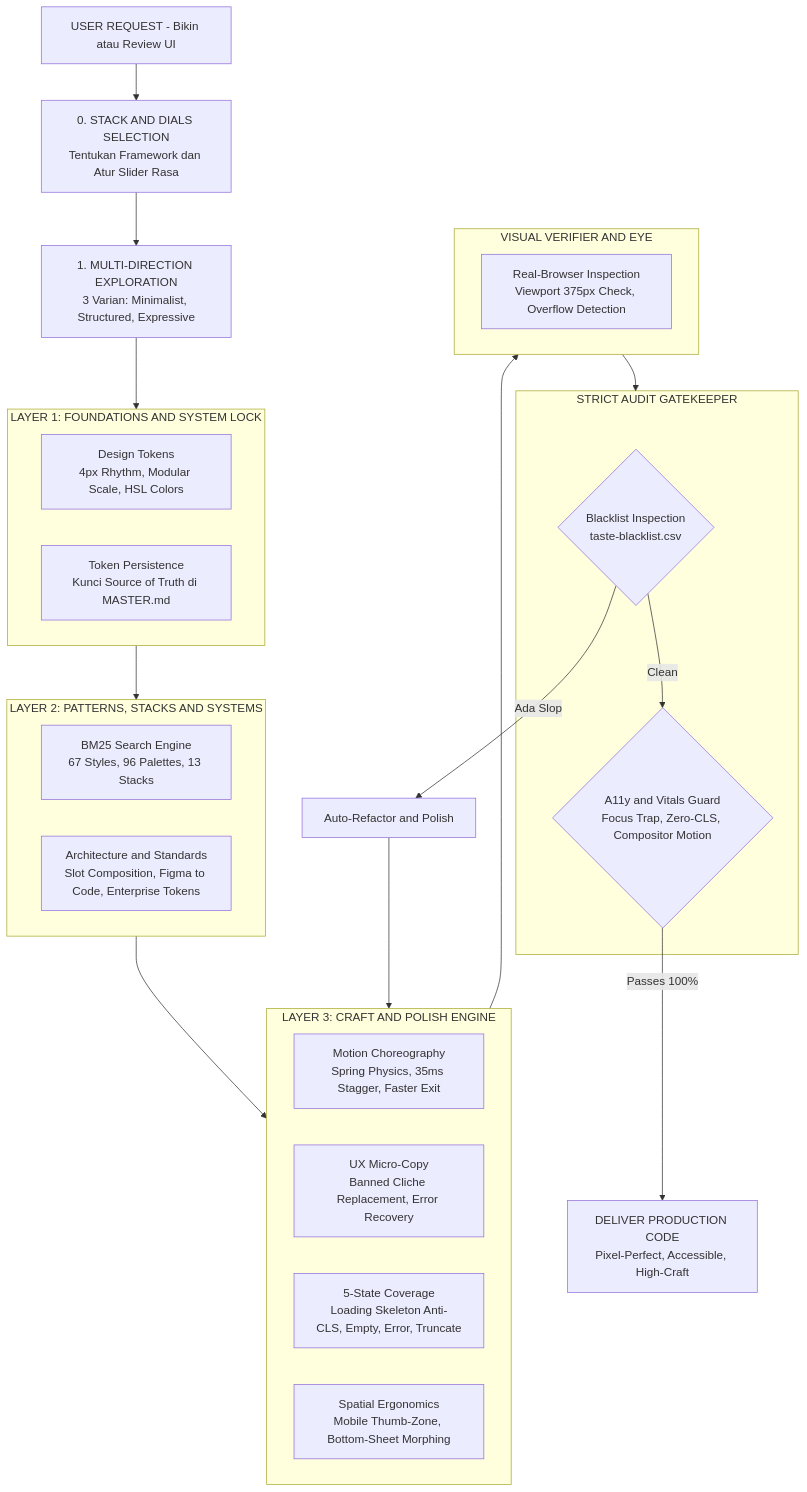
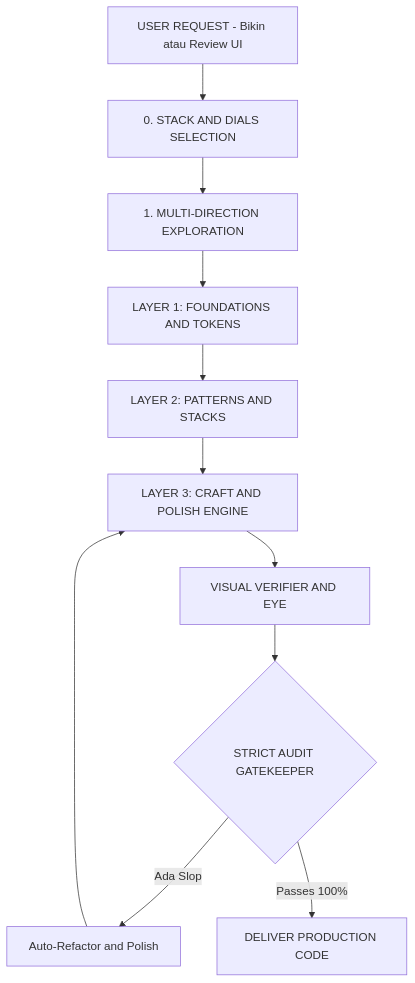
Before and after one commit to Rey-CpuU/frontend-mastery: the diagram in README.md, drawn with Mermaid. The commit also changed other lines of this file, not shown here.

Commit message:
fix: replace complex mermaid subgraphs with clean graph TD and ascii flow

````diff
--- a/README.md
+++ b/README.md
@@ -10,42 +10,15 @@
 ```mermaid
-flowchart TD
-    User["USER REQUEST - Bikin atau Review UI"] --> Step0["0. STACK AND DIALS SELECTION<br/>Tentukan Framework dan Atur Slider Rasa"]
-    Step0 --> Step1["1. MULTI-DIRECTION EXPLORATION<br/>3 Varian: Minimalist, Structured, Expressive"]
+graph TD
+    User["USER REQUEST - Bikin atau Review UI"] --> Step0["0. STACK AND DIALS SELECTION"]
+    Step0 --> Step1["1. MULTI-DIRECTION EXPLORATION"]
 
-    subgraph L1["LAYER 1: FOUNDATIONS AND SYSTEM LOCK"]
-        Tokens["Design Tokens<br/>4px Rhythm, Modular Scale, HSL Colors"]
-        Persist["Token Persistence<br/>Kunci Source of Truth di MASTER.md"]
-    end
+    Step1 --> L1["LAYER 1: FOUNDATIONS AND TOKENS"]
+    L1 --> L2["LAYER 2: PATTERNS AND STACKS"]
+    L2 --> L3["LAYER 3: CRAFT AND POLISH ENGINE"]
+    L3 --> VLoop["VISUAL VERIFIER AND EYE"]
+    VLoop --> Gate{"STRICT AUDIT GATEKEEPER"}
 
-    subgraph L2["LAYER 2: PATTERNS, STACKS AND SYSTEMS"]
-        SearchEngine["BM25 Search Engine<br/>67 Styles, 96 Palettes, 13 Stacks"]
-        CleanArch["Architecture and Standards<br/>Slot Composition, Figma to Code, Enterprise Tokens"]
-    end
-
-    subgraph L3["LAYER 3: CRAFT AND POLISH ENGINE"]
-        Motion["Motion Choreography<br/>Spring Physics, 35ms Stagger, Faster Exit"]
-        CopyWriting["UX Micro-Copy<br/>Banned Cliche Replacement, Error Recovery"]
-        StateMatrix["5-State Coverage<br/>Loading Skeleton Anti-CLS, Empty, Error, Truncate"]
-        Ergonomics["Spatial Ergonomics<br/>Mobile Thumb-Zone, Bottom-Sheet Morphing"]
-    end
-
-    subgraph VLoop["VISUAL VERIFIER AND EYE"]
-        Inspect["Real-Browser Inspection<br/>Viewport 375px Check, Overflow Detection"]
-    end
-
-    subgraph Gate["STRICT AUDIT GATEKEEPER"]
-        BlacklistCheck{"Blacklist Inspection<br/>taste-blacklist.csv"}
-        A11yVitalsCheck{"A11y and Vitals Guard<br/>Focus Trap, Zero-CLS, Compositor Motion"}
-    end
-
-    Step1 --> L1
-    L1 --> L2
-    L2 --> L3
-    L3 --> VLoop
-    VLoop --> Gate
-
-    BlacklistCheck -->|Ada Slop| Refactor["Auto-Refactor and Polish"]
+    Gate -->|Ada Slop| Refactor["Auto-Refactor and Polish"]
     Refactor --> L3
-    BlacklistCheck -->|Clean| A11yVitalsCheck
-    A11yVitalsCheck -->|Passes 100%| FinalOutput["DELIVER PRODUCTION CODE<br/>Pixel-Perfect, Accessible, High-Craft"]
+    Gate -->|Passes 100%| FinalOutput["DELIVER PRODUCTION CODE"]
 ```
````
